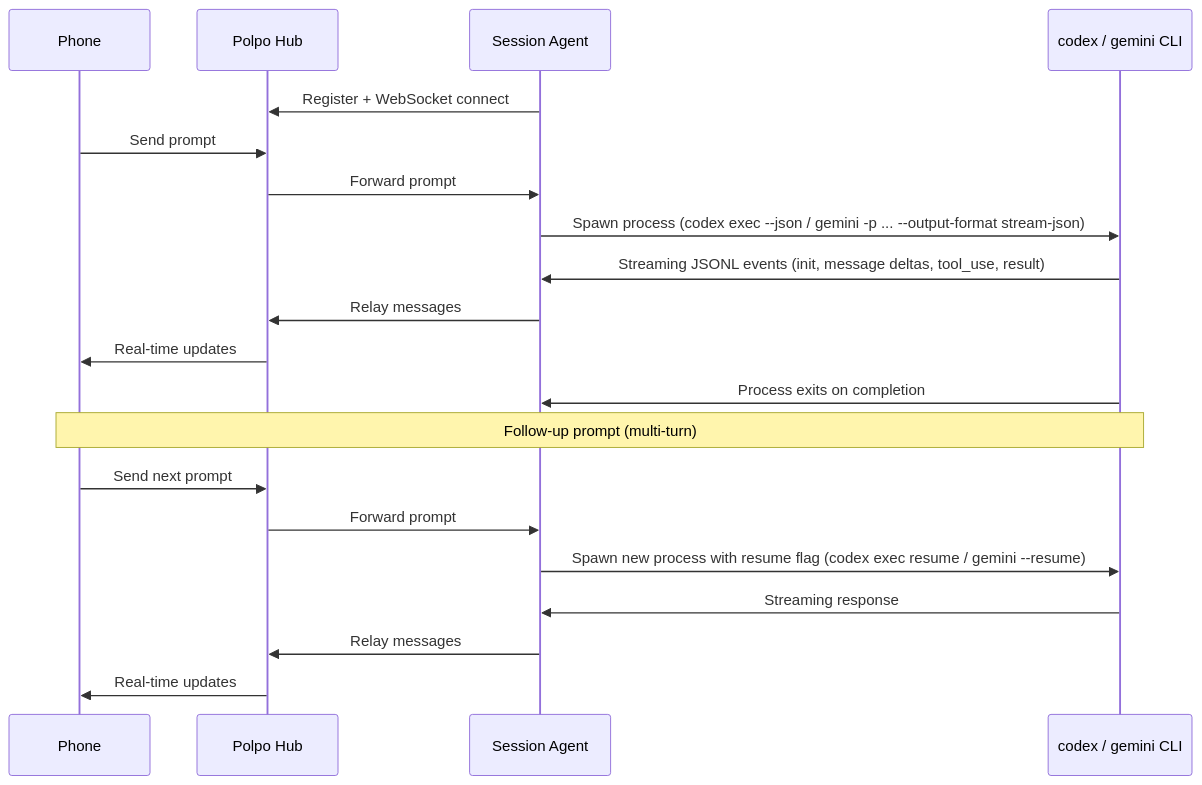
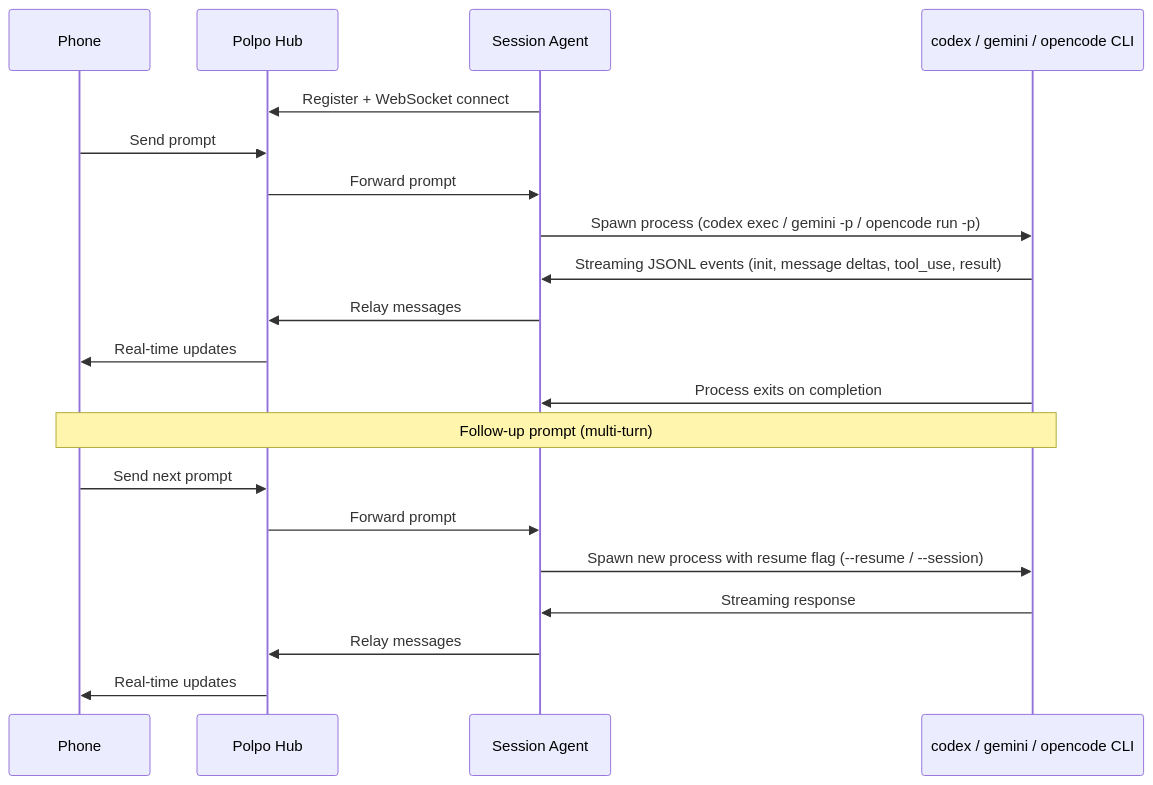
The fourth of 7 diagrams in docs/diagrams.md (pugliatechs/polpo), drawn with Mermaid before and after one commit. The commit also changed other lines of this file and 23 other files, not shown here.

````diff
--- a/docs/diagrams.md
+++ b/docs/diagrams.md
@@ -73,24 +73,24 @@
 ```mermaid
 sequenceDiagram
     participant Phone
     participant Hub as Polpo Hub
     participant Agent as Session Agent
-    participant CLI as codex / gemini CLI
+    participant CLI as codex / gemini / opencode CLI
 
     Agent->>Hub: Register + WebSocket connect
     Phone->>Hub: Send prompt
     Hub->>Agent: Forward prompt
-    Agent->>CLI: Spawn process (codex exec --json / gemini -p ... --output-format stream-json)
+    Agent->>CLI: Spawn process (codex exec / gemini -p / opencode run -p)
     CLI->>Agent: Streaming JSONL events (init, message deltas, tool_use, result)
     Agent->>Hub: Relay messages
     Hub->>Phone: Real-time updates
     CLI->>Agent: Process exits on completion
 
     Note over Phone,CLI: Follow-up prompt (multi-turn)
     Phone->>Hub: Send next prompt
     Hub->>Agent: Forward prompt
-    Agent->>CLI: Spawn new process with resume flag (codex exec resume / gemini --resume)
+    Agent->>CLI: Spawn new process with resume flag (--resume / --session)
     CLI->>Agent: Streaming response
     Agent->>Hub: Relay messages
     Hub->>Phone: Real-time updates
 ```
````
